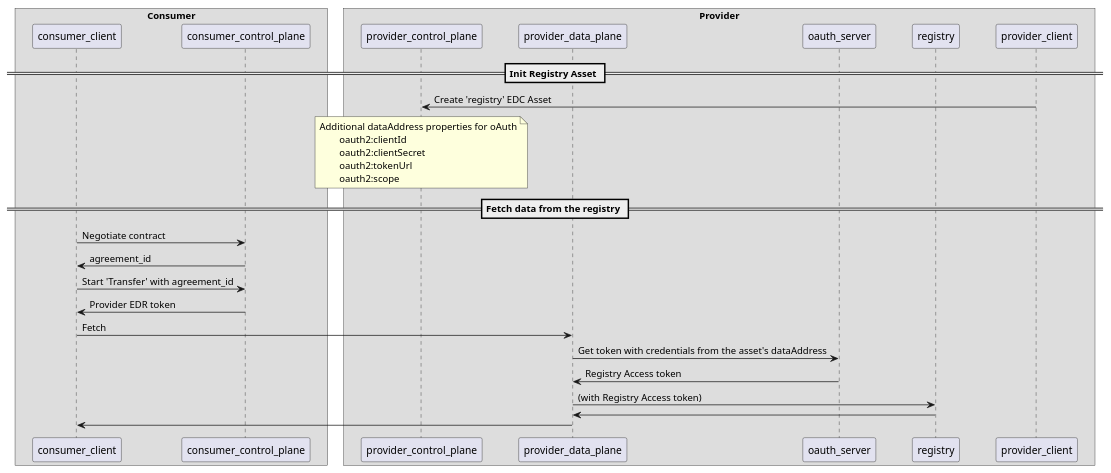
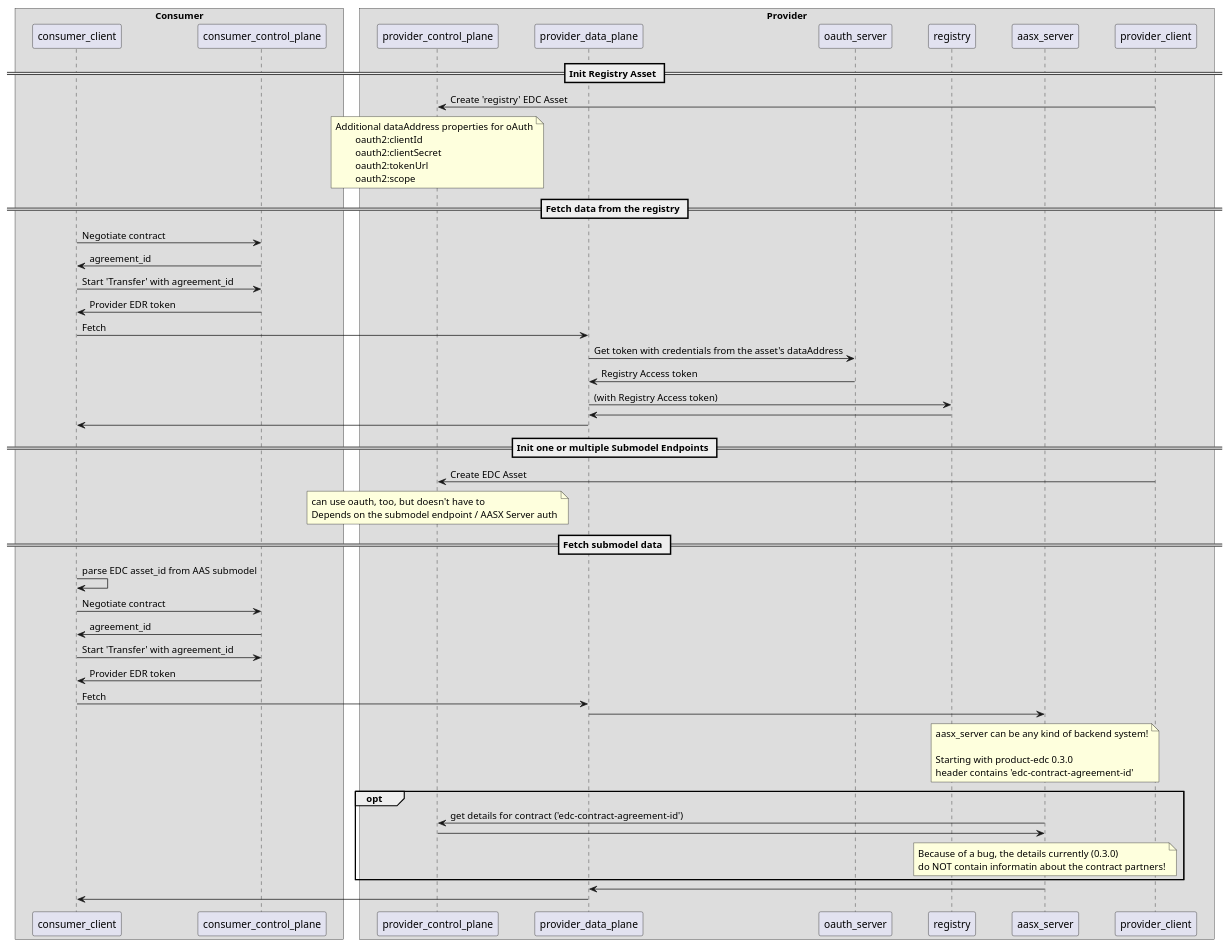
One commit to boschresearch/py-cx-ids changed the diagram in pycxids/demo/registry/test_registry_behind_edc_with_oauth.md. Above: the diagram before and after it, drawn with PlantUML. The commit also changed 1 other file, not shown here.

Commit message:
registry demo: Add submodel flow

````diff
--- a/pycxids/demo/registry/test_registry_behind_edc_with_oauth.md
+++ b/pycxids/demo/registry/test_registry_behind_edc_with_oauth.md
@@ -1,44 +1,81 @@
 ```plantuml
 
 skinparam ParticipantPadding 20
 skinparam BoxPadding 10
 
 box "Consumer"
 participant consumer_client
 participant consumer_control_plane
 end box
 
 box "Provider"
 participant provider_control_plane
 participant provider_data_plane
 participant oauth_server
 participant registry
+participant aasx_server
 participant provider_client
 end box
 
 == Init Registry Asset ==
 provider_client -> provider_control_plane: Create 'registry' EDC Asset
 note over provider_control_plane
 Additional dataAddress properties for oAuth
         oauth2:clientId
         oauth2:clientSecret
         oauth2:tokenUrl
         oauth2:scope
 end note
 
 == Fetch data from the registry ==
 
 consumer_client -> consumer_control_plane: Negotiate contract
 consumer_control_plane -> consumer_client: agreement_id
 
 consumer_client -> consumer_control_plane: Start 'Transfer' with agreement_id
 consumer_control_plane -> consumer_client: Provider EDR token
 
 consumer_client -> provider_data_plane: Fetch
 provider_data_plane -> oauth_server: Get token with credentials from the asset's dataAddress
 oauth_server -> provider_data_plane: Registry Access token
 provider_data_plane -> registry: (with Registry Access token)
 registry -> provider_data_plane
 provider_data_plane -> consumer_client
 
+== Init one or multiple Submodel Endpoints ==
+
+provider_client -> provider_control_plane: Create EDC Asset
+note over provider_control_plane
+can use oauth, too, but doesn't have to
+Depends on the submodel endpoint / AASX Server auth
+end note
+
+== Fetch submodel data ==
+consumer_client -> consumer_client: parse EDC asset_id from AAS submodel
+
+consumer_client -> consumer_control_plane: Negotiate contract
+consumer_control_plane -> consumer_client: agreement_id
+
+consumer_client -> consumer_control_plane: Start 'Transfer' with agreement_id
+consumer_control_plane -> consumer_client: Provider EDR token
+
+consumer_client -> provider_data_plane: Fetch
+provider_data_plane -> aasx_server:
+note over aasx_server
+aasx_server can be any kind of backend system!
+
+Starting with product-edc 0.3.0
+header contains 'edc-contract-agreement-id'
+end note
+opt
+aasx_server -> provider_control_plane: get details for contract ('edc-contract-agreement-id')
+provider_control_plane -> aasx_server
+note over aasx_server
+Because of a bug, the details currently (0.3.0)
+do NOT contain informatin about the contract partners!
+end note
+end opt
+aasx_server -> provider_data_plane:
+provider_data_plane -> consumer_client
+
 ```
````
